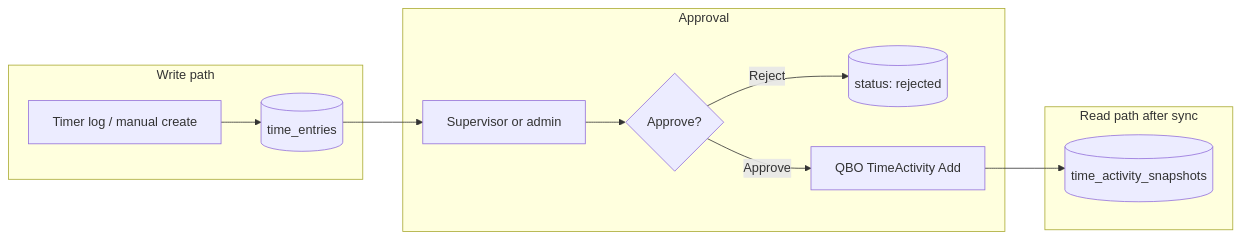
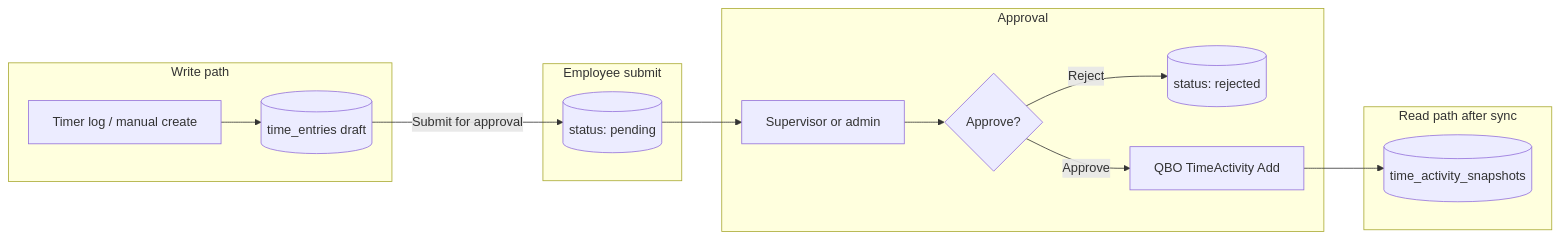
One commit to lucrousseau/ellr-qbo-timesheet changed the diagram in docs/time-entry-approval.md. Above: the diagram before and after it, drawn with Mermaid. The commit also changed other lines of this file and 53 other files, not shown here.

First line of the commit message:
Add draft submit flow and keep approved time read-only in Ellr.

````diff
--- a/docs/time-entry-approval.md
+++ b/docs/time-entry-approval.md
@@ -7,21 +7,25 @@
 ```mermaid
 flowchart LR
   subgraph writePath [Write path]
     Timer[Timer log / manual create]
-    Local[(time_entries)]
-    Timer --> Local
+    Draft[(time_entries draft)]
+    Timer --> Draft
+  end
+
+  subgraph submit [Employee submit]
+    Draft -->|Submit for approval| Pending[(status: pending)]
   end
 
   subgraph approval [Approval]
     Supervisor[Supervisor or admin]
     Review{Approve?}
-    Local --> Supervisor
+    Pending --> Supervisor
     Supervisor --> Review
     Review -->|Reject| Rejected[(status: rejected)]
     Review -->|Approve| QBO[QBO TimeActivity Add]
   end
 
   subgraph readPath [Read path after sync]
     QBO --> Snapshots[(time_activity_snapshots)]
   end
 ```
````
